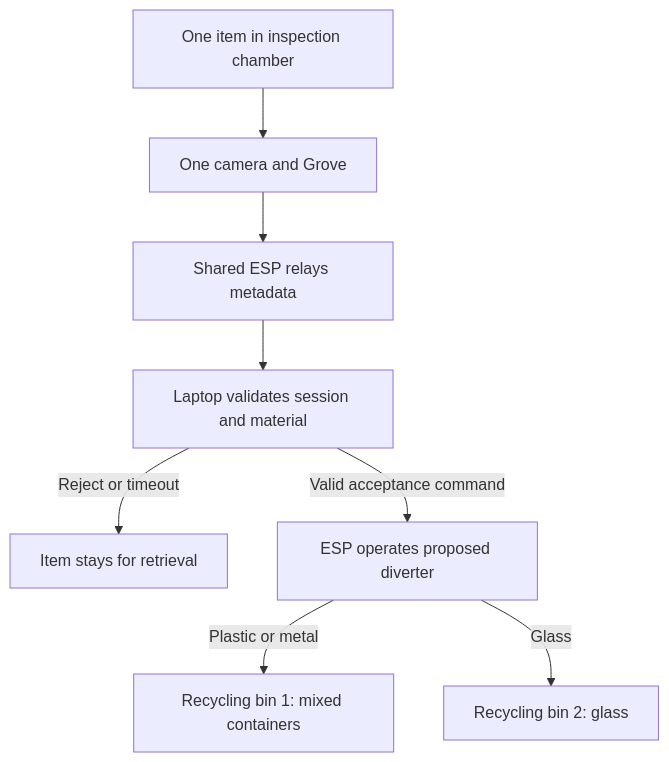
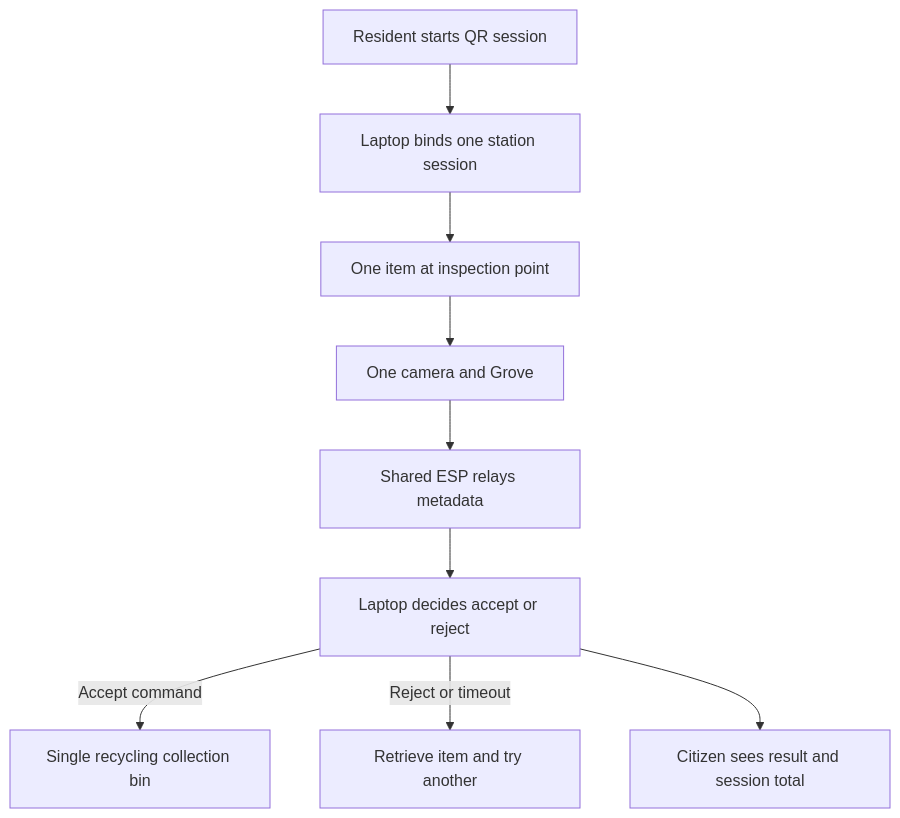
The diagram in docs/RECYCLING_STATION_OPTIONS.md (Rover-Panto/BinSight), drawn with Mermaid before and after one commit. The commit also changed other lines of this file and 15 other files, not shown here.

Commit message:
docs: confirm single-bin recycling technology demo

````diff
--- a/docs/RECYCLING_STATION_OPTIONS.md
+++ b/docs/RECYCLING_STATION_OPTIONS.md
@@ -37,12 +13,13 @@
 ```mermaid
 flowchart TB
-    accTitle: Proposed shared recycling station
-    accDescr: One Grove inspects an item at a single opening. The ESP relays metadata to the laptop, then directs accepted items to one of two recycling compartments. The layout and grouping still need owner approval.
-    inspection["One item in inspection chamber"] --> grove["One camera and Grove"]
+    accTitle: Single recycling bin demonstration
+    accDescr: The resident starts a QR-bound session at one recycling bin. Grove performs recognition, the shared ESP relays metadata, and the laptop decides acceptance. All accepted materials use the same bin.
+    citizen["Resident starts QR session"] --> session["Laptop binds one station session"]
+    session --> inspection["One item at inspection point"]
+    inspection --> grove["One camera and Grove"]
     grove --> relay["Shared ESP relays metadata"]
-    relay --> server["Laptop validates session and material"]
-    server -->|Reject or timeout| retrieve["Item stays for retrieval"]
-    server -->|Valid acceptance command| diverter["ESP operates proposed diverter"]
-    diverter -->|Plastic or metal| mixed_bin["Recycling bin 1: mixed containers"]
-    diverter -->|Glass| glass_bin["Recycling bin 2: glass"]
+    relay --> decision["Laptop decides accept or reject"]
+    decision -->|Accept command| collection["Single recycling collection bin"]
+    decision -->|Reject or timeout| retrieve["Retrieve item and try another"]
+    decision --> result["Citizen sees result and session total"]
 ```
````
